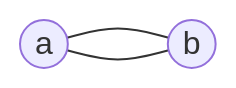
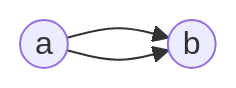
The diagram in graph_theory/topics/ch1-introduction/Multigraph.md (pink10000/notes), drawn with Mermaid before and after one commit. The commit also changed 4 other files, not shown here.

````diff
--- a/graph_theory/topics/ch1-introduction/Multigraph.md
+++ b/graph_theory/topics/ch1-introduction/Multigraph.md
@@ -7,5 +7,5 @@
 ```mermaid
-graph LR;
-    a((a)) --- v2((b));
-    a((a)) --- v2((b));
+graph LR
+    a((a)) --> v2((b));
+    a((a)) --> v2((b));
 ```
````
